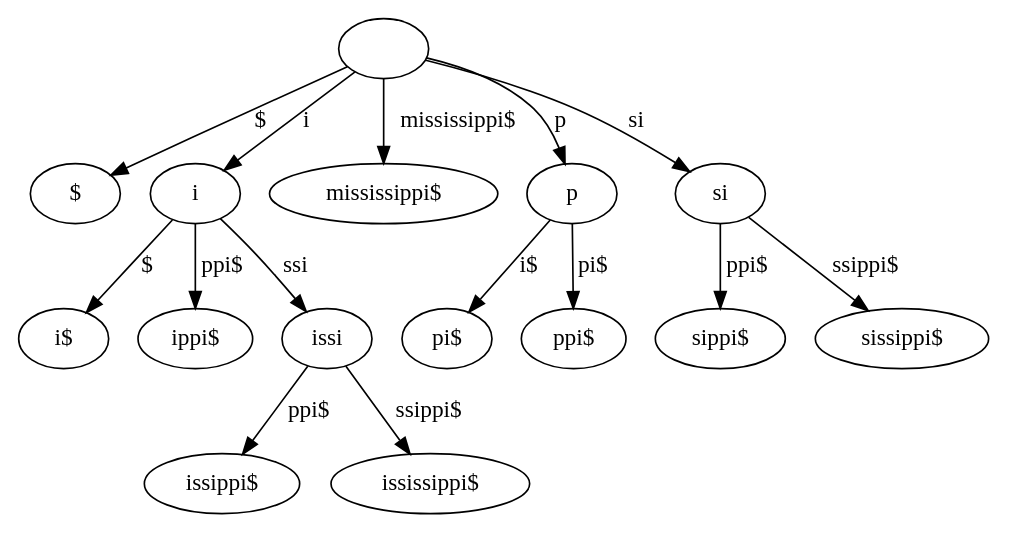
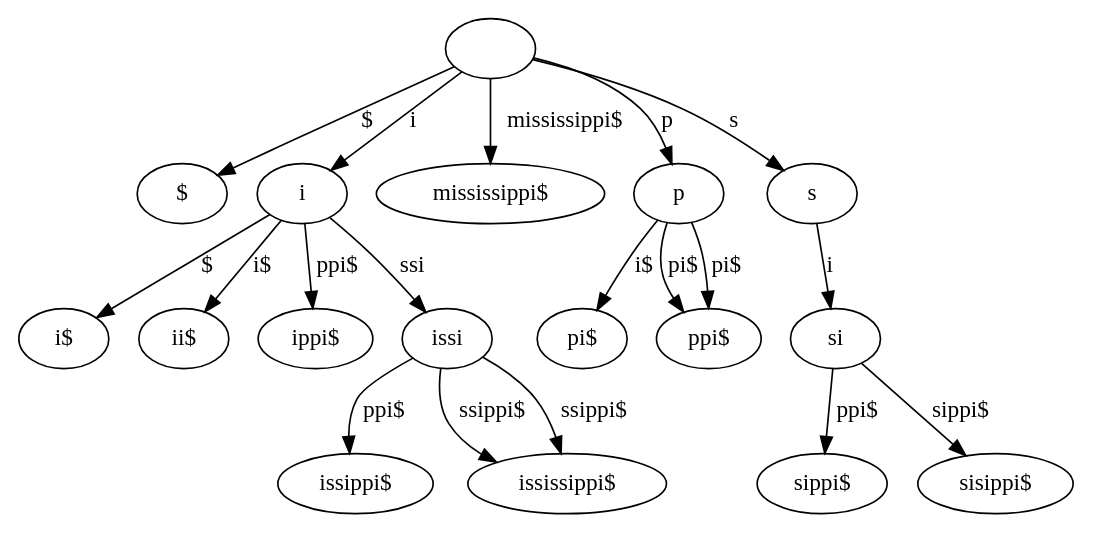
One commit to cmkobel/GSA changed the diagram in 3_lcp_suffix_tree/test-output/iter/9.gv. Above: the diagram before and after it, drawn with Graphviz. The commit also changed 24 other files, not shown here.

```diff
--- a/3_lcp_suffix_tree/test-output/iter/9.gv
+++ b/3_lcp_suffix_tree/test-output/iter/9.gv
@@ -1,32 +1,40 @@
 // Suffix tree
 digraph {
 	"|" [label=""]
 	"$|$" [label="$"]
 	"|" -> "$|$" [label="$"]
 	"i|i" [label=i]
 	"$|i$" [label="i$"]
 	"i|i" -> "$|i$" [label="$"]
+	"i$|ii$" [label="ii$"]
+	"i|i" -> "i$|ii$" [label="i$"]
 	"ppi$|ippi$" [label="ippi$"]
 	"i|i" -> "ppi$|ippi$" [label="ppi$"]
 	"ssi|issi" [label=issi]
 	"ppi$|issippi$" [label="issippi$"]
 	"ssi|issi" -> "ppi$|issippi$" [label="ppi$"]
+	"ssippi$|ississippi$" [label="ississippi$"]
+	"ssi|issi" -> "ssippi$|ississippi$" [label="ssippi$"]
 	"ssippi$|ississippi$" [label="ississippi$"]
 	"ssi|issi" -> "ssippi$|ississippi$" [label="ssippi$"]
 	"i|i" -> "ssi|issi" [label=ssi]
 	"|" -> "i|i" [label=i]
 	"mississippi$|mississippi$" [label="mississippi$"]
 	"|" -> "mississippi$|mississippi$" [label="mississippi$"]
 	"p|p" [label=p]
 	"i$|pi$" [label="pi$"]
 	"p|p" -> "i$|pi$" [label="i$"]
 	"pi$|ppi$" [label="ppi$"]
 	"p|p" -> "pi$|ppi$" [label="pi$"]
+	"pi$|ppi$" [label="ppi$"]
+	"p|p" -> "pi$|ppi$" [label="pi$"]
 	"|" -> "p|p" [label=p]
-	"si|si" [label=si]
+	"s|s" [label=s]
+	"i|si" [label=si]
 	"ppi$|sippi$" [label="sippi$"]
-	"si|si" -> "ppi$|sippi$" [label="ppi$"]
-	"ssippi$|sissippi$" [label="sissippi$"]
-	"si|si" -> "ssippi$|sissippi$" [label="ssippi$"]
-	"|" -> "si|si" [label=si]
+	"i|si" -> "ppi$|sippi$" [label="ppi$"]
+	"sippi$|sisippi$" [label="sisippi$"]
+	"i|si" -> "sippi$|sisippi$" [label="sippi$"]
+	"s|s" -> "i|si" [label=i]
+	"|" -> "s|s" [label=s]
 }
```
